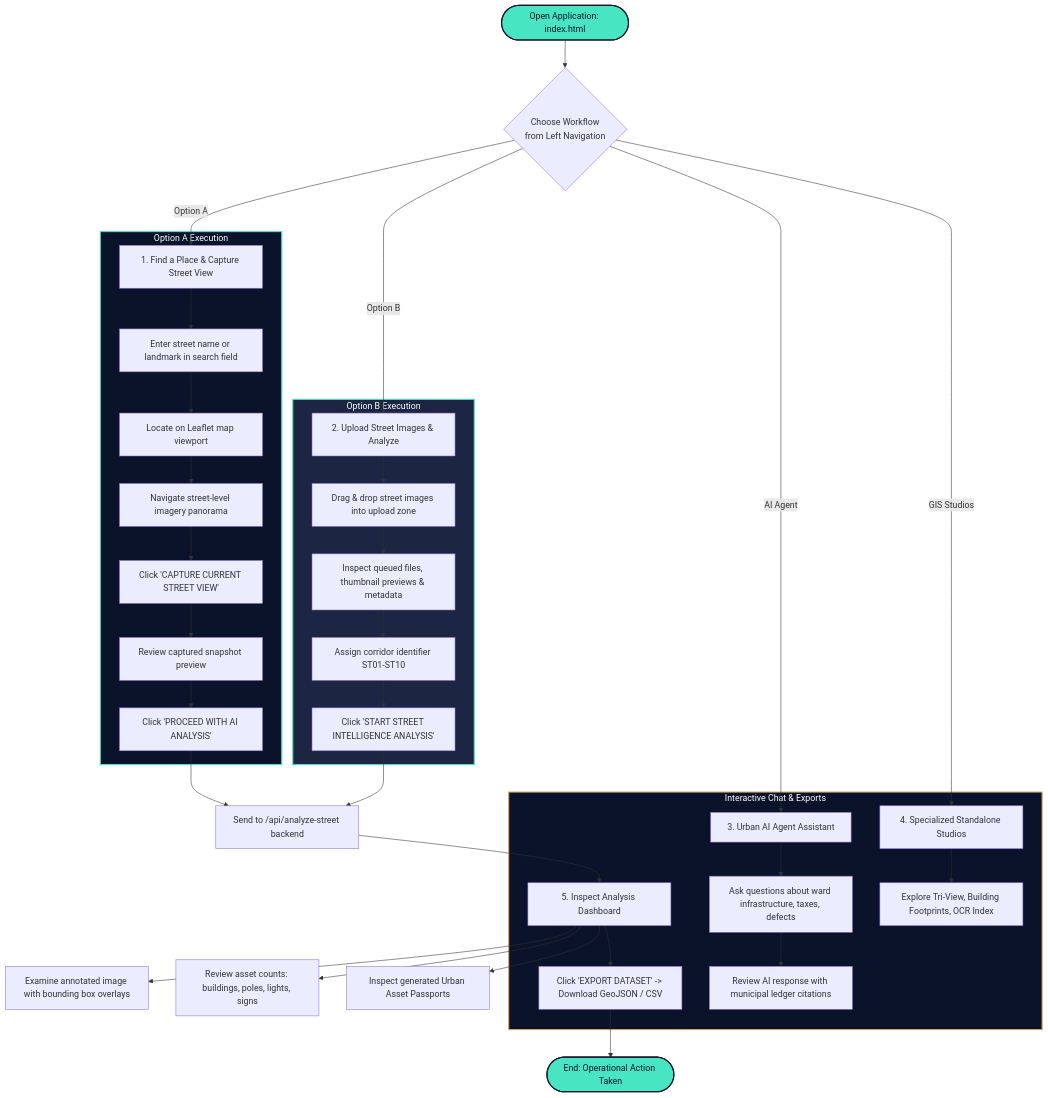
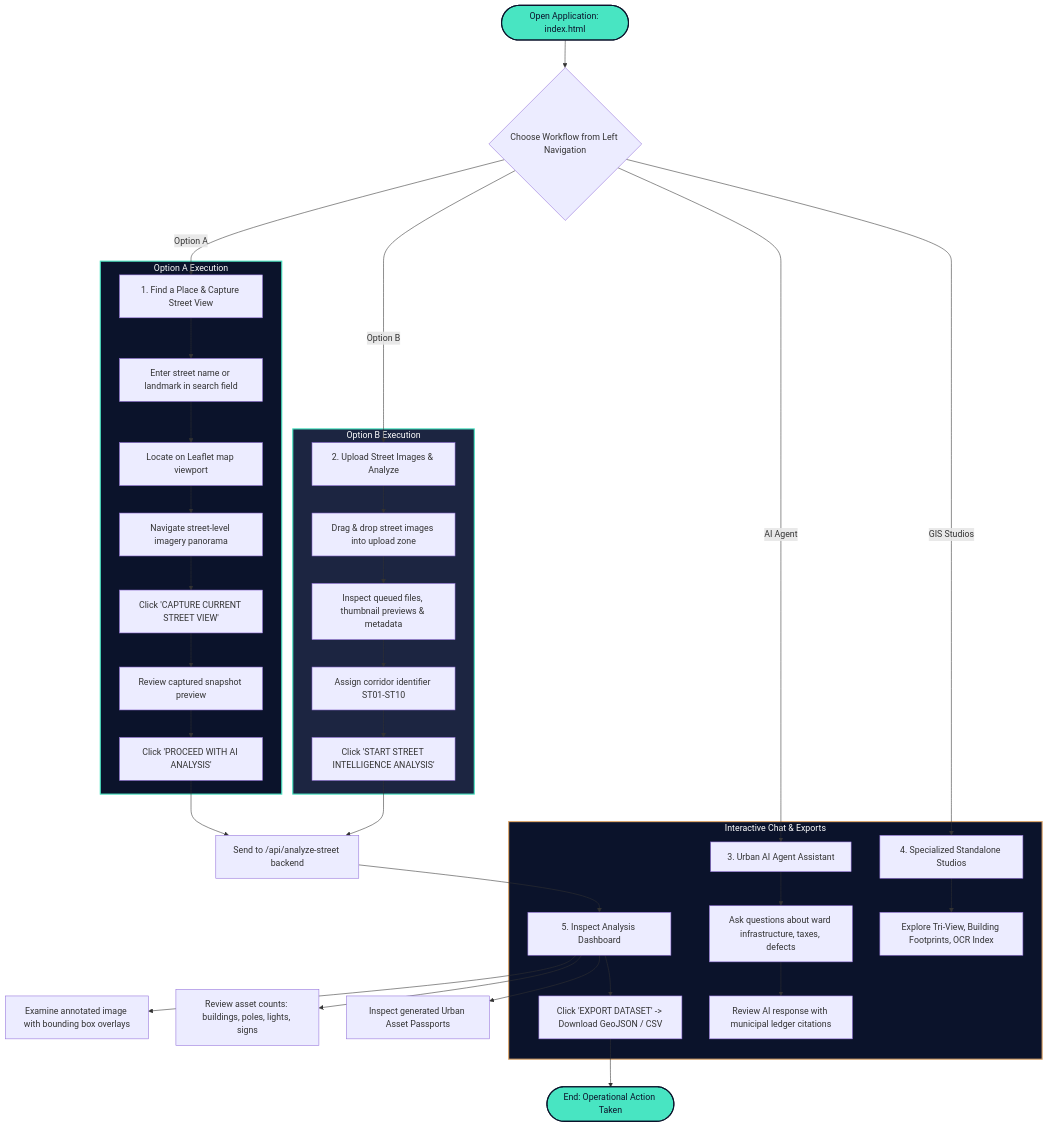
One commit to Vaigunth27-cloud/farm-ai changed the diagram in project_documentation/diagrams/10_user_workflow.mmd. Above: the diagram before and after it, drawn with Mermaid. The commit also changed 25 other files, not shown here.

Commit message:
feat: render all 12 mermaid diagrams to high-res viewable PNG flowcharts and add visual gallery

```diff
--- a/project_documentation/diagrams/10_user_workflow.mmd
+++ b/project_documentation/diagrams/10_user_workflow.mmd
@@ -1,48 +1,48 @@
 flowchart TD
-    START([Open Application: index.html]) --> VIEW_SELECT{Choose Workflow<br/>from Left Navigation}
+    START([Open Application: index.html]) --> VIEW_SELECT{"Choose Workflow from Left Navigation"}
     
-    VIEW_SELECT -->|Option A| OPT_A_FLOW[1. Find a Place & Capture Street View]
-    VIEW_SELECT -->|Option B| OPT_B_FLOW[2. Upload Street Images & Analyze]
-    VIEW_SELECT -->|AI Agent| CHAT_FLOW[3. Urban AI Agent Assistant]
-    VIEW_SELECT -->|GIS Studios| STUDIO_FLOW[4. Specialized Standalone Studios]
+    VIEW_SELECT -- "Option A" --> OPT_A_FLOW["1. Find a Place & Capture Street View"]
+    VIEW_SELECT -- "Option B" --> OPT_B_FLOW["2. Upload Street Images & Analyze"]
+    VIEW_SELECT -- "AI Agent" --> CHAT_FLOW["3. Urban AI Agent Assistant"]
+    VIEW_SELECT -- "GIS Studios" --> STUDIO_FLOW["4. Specialized Standalone Studios"]
     
     subgraph Flow_A["Option A Execution"]
-        OPT_A_FLOW --> A_INPUT[Enter street name or landmark in search field]
-        A_INPUT --> A_LOCATE[Locate on Leaflet map viewport]
-        A_LOCATE --> A_NAV[Navigate street-level imagery panorama]
-        A_NAV --> A_CAP[Click 'CAPTURE CURRENT STREET VIEW']
-        A_CAP --> A_PREV[Review captured snapshot preview]
-        A_PREV --> A_RUN[Click 'PROCEED WITH AI ANALYSIS']
+        OPT_A_FLOW --> A_INPUT["Enter street name or landmark in search field"]
+        A_INPUT --> A_LOCATE["Locate on Leaflet map viewport"]
+        A_LOCATE --> A_NAV["Navigate street-level imagery panorama"]
+        A_NAV --> A_CAP["Click 'CAPTURE CURRENT STREET VIEW'"]
+        A_CAP --> A_PREV["Review captured snapshot preview"]
+        A_PREV --> A_RUN["Click 'PROCEED WITH AI ANALYSIS'"]
     end
     
     subgraph Flow_B["Option B Execution"]
-        OPT_B_FLOW --> B_DROP[Drag & drop street images into upload zone]
-        B_DROP --> B_QUEUE[Inspect queued files, thumbnail previews & metadata]
-        B_QUEUE --> B_CORR[Assign corridor identifier ST01-ST10]
-        B_CORR --> B_RUN[Click 'START STREET INTELLIGENCE ANALYSIS']
+        OPT_B_FLOW --> B_DROP["Drag & drop street images into upload zone"]
+        B_DROP --> B_QUEUE["Inspect queued files, thumbnail previews & metadata"]
+        B_QUEUE --> B_CORR["Assign corridor identifier ST01-ST10"]
+        B_CORR --> B_RUN["Click 'START STREET INTELLIGENCE ANALYSIS'"]
     end
     
-    A_RUN --> BACKEND_CALL[Send to /api/analyze-street backend]
+    A_RUN --> BACKEND_CALL["Send to /api/analyze-street backend"]
     B_RUN --> BACKEND_CALL
     
-    BACKEND_CALL --> RESULTS_VIEW[5. Inspect Analysis Dashboard]
-    RESULTS_VIEW --> RES_BBOX[Examine annotated image with bounding box overlays]
-    RESULTS_VIEW --> RES_METRICS[Review asset counts: buildings, poles, lights, signs]
-    RESULTS_VIEW --> RES_PASS[Inspect generated Urban Asset Passports]
+    BACKEND_CALL --> RESULTS_VIEW["5. Inspect Analysis Dashboard"]
+    RESULTS_VIEW --> RES_BBOX["Examine annotated image with bounding box overlays"]
+    RESULTS_VIEW --> RES_METRICS["Review asset counts: buildings, poles, lights, signs"]
+    RESULTS_VIEW --> RES_PASS["Inspect generated Urban Asset Passports"]
     
     subgraph Flow_Chat["Interactive Chat & Exports"]
-        CHAT_FLOW --> C_ASK[Ask questions about ward infrastructure, taxes, defects]
-        C_ASK --> C_ANS[Review AI response with municipal ledger citations]
+        CHAT_FLOW --> C_ASK["Ask questions about ward infrastructure, taxes, defects"]
+        C_ASK --> C_ANS["Review AI response with municipal ledger citations"]
         
-        STUDIO_FLOW --> S_EXPLORE[Explore Tri-View, Building Footprints, OCR Index]
+        STUDIO_FLOW --> S_EXPLORE["Explore Tri-View, Building Footprints, OCR Index"]
         
-        RESULTS_VIEW --> EXPORT_DATA[Click 'EXPORT DATASET' -> Download GeoJSON / CSV]
+        RESULTS_VIEW --> EXPORT_DATA["Click 'EXPORT DATASET' -> Download GeoJSON / CSV"]
     end
 
     EXPORT_DATA --> FINISH([End: Operational Action Taken])
 
     style START fill:#48E5C2,stroke:#0B132B,stroke-width:2px,color:#0B132B
     style FINISH fill:#48E5C2,stroke:#0B132B,stroke-width:2px,color:#0B132B
     style Flow_A fill:#0B132B,stroke:#48E5C2,stroke-width:2px,color:#FFFFFF
     style Flow_B fill:#1C2541,stroke:#48E5C2,stroke-width:2px,color:#FFFFFF
     style Flow_Chat fill:#0B132B,stroke:#E0A96D,stroke-width:2px,color:#FFFFFF
```
